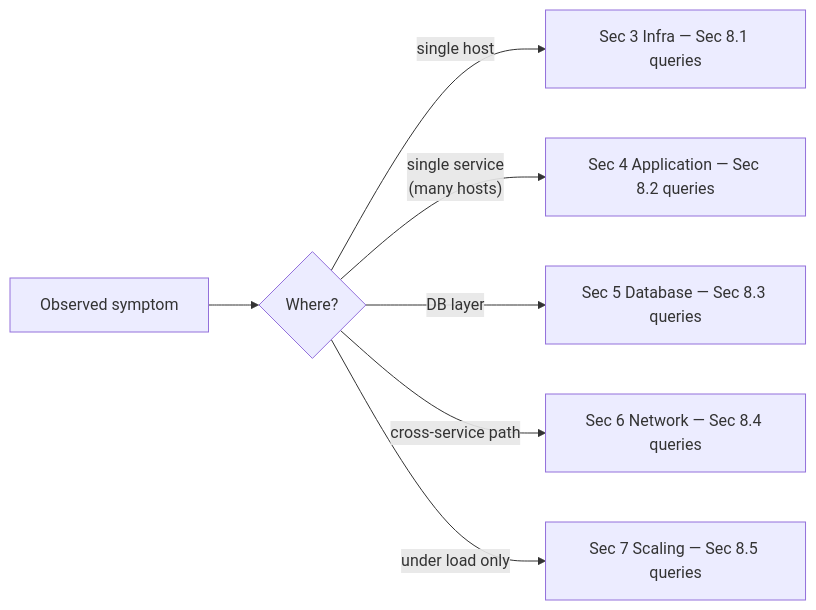
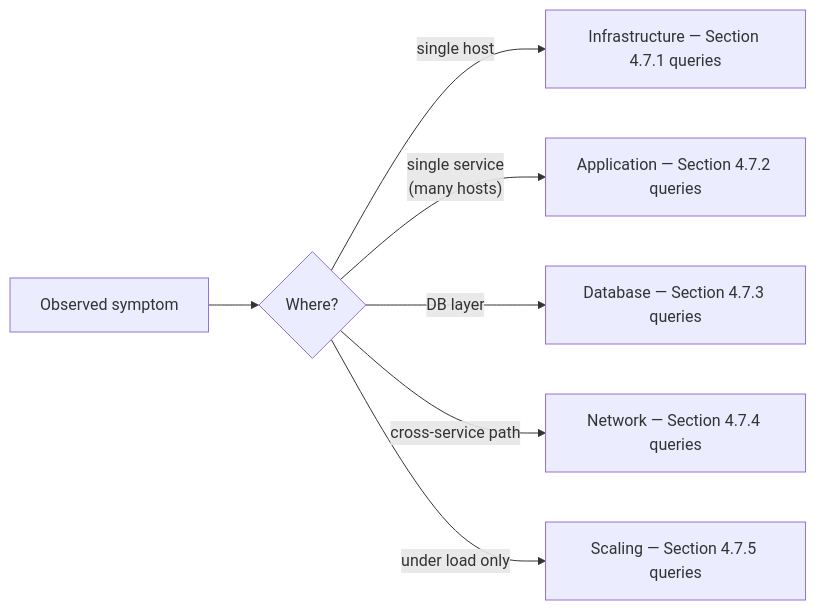
One commit to anurag-thakur-xceedance/Observability changed the second of 2 diagrams in Observability-Strategy/04-domain-observability-runbooks-pack.md. Above: the diagram before and after it, drawn with Mermaid. The commit also changed other lines of this file and 36 other files, not shown here.

````diff
--- a/Observability-Strategy/04-domain-observability-runbooks-pack.md
+++ b/Observability-Strategy/04-domain-observability-runbooks-pack.md
@@ -264,9 +273,9 @@
 ```mermaid
 flowchart LR
     S["Observed symptom"] --> S1{"Where?"}
-    S1 -->|"single host"| R1["Sec 3 Infra — Sec 8.1 queries"]
-    S1 -->|"single service<br/>(many hosts)"| R2["Sec 4 Application — Sec 8.2 queries"]
-    S1 -->|"DB layer"| R3["Sec 5 Database — Sec 8.3 queries"]
-    S1 -->|"cross-service path"| R4["Sec 6 Network — Sec 8.4 queries"]
-    S1 -->|"under load only"| R5["Sec 7 Scaling — Sec 8.5 queries"]
+    S1 -->|"single host"| R1["Infrastructure — Section 4.7.1 queries"]
+    S1 -->|"single service<br/>(many hosts)"| R2["Application — Section 4.7.2 queries"]
+    S1 -->|"DB layer"| R3["Database — Section 4.7.3 queries"]
+    S1 -->|"cross-service path"| R4["Network — Section 4.7.4 queries"]
+    S1 -->|"under load only"| R5["Scaling — Section 4.7.5 queries"]
 ```
````
